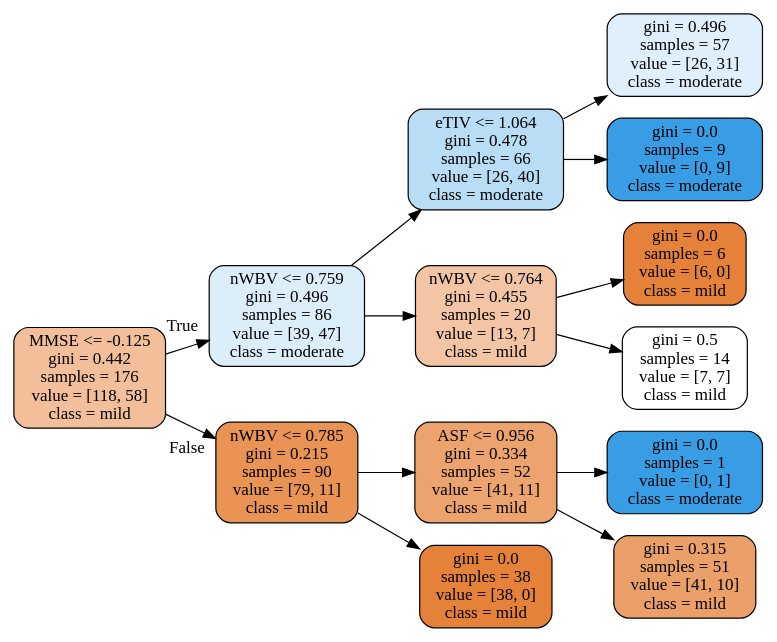
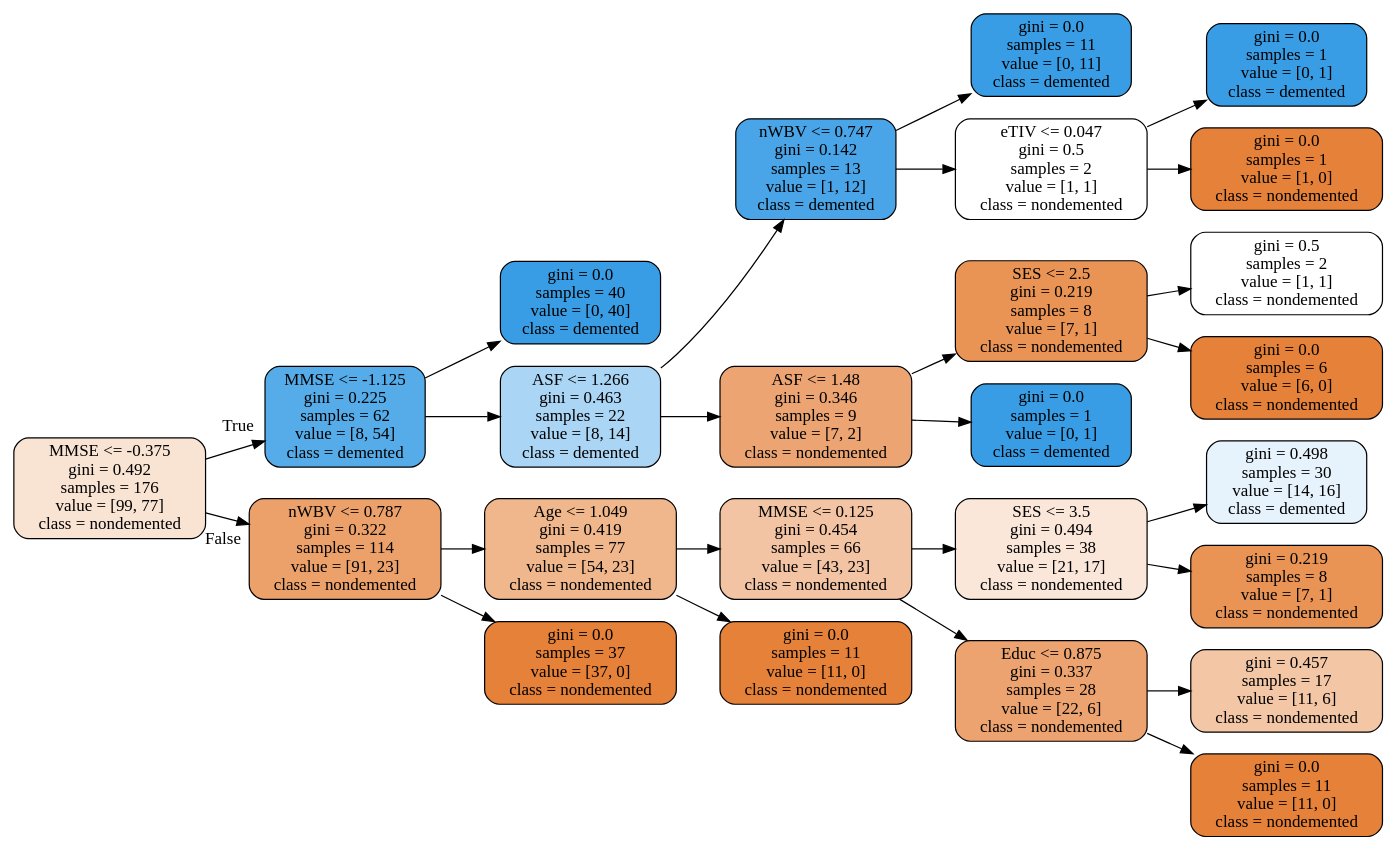
Before and after one commit to mkvph0ch/memobrain: the diagram in notebooks/oasis1_tree.dot, drawn with Graphviz. The commit also changed 1 other file, not shown here.

Commit message:
Tree diagrams updated

```diff
--- a/notebooks/oasis1_tree.dot
+++ b/notebooks/oasis1_tree.dot
@@ -1,30 +1,54 @@
 digraph Tree {
 node [shape=box, style="filled, rounded", color="black", fontname="futura"] ;
 edge [fontname="futura"] ;
 rankdir=LR ;
-0 [label="MMSE <= -0.125\ngini = 0.442\nsamples = 176\nvalue = [118, 58]\nclass = mild", fillcolor="#f2bf9a"] ;
-1 [label="nWBV <= 0.759\ngini = 0.496\nsamples = 86\nvalue = [39, 47]\nclass = moderate", fillcolor="#ddeefb"] ;
+0 [label="MMSE <= -0.375\ngini = 0.492\nsamples = 176\nvalue = [99, 77]\nclass = nondemented", fillcolor="#f9e3d3"] ;
+1 [label="MMSE <= -1.125\ngini = 0.225\nsamples = 62\nvalue = [8, 54]\nclass = demented", fillcolor="#56ace9"] ;
 0 -> 1 [labeldistance=2.5, labelangle=-45, headlabel="True"] ;
-2 [label="eTIV <= 1.064\ngini = 0.478\nsamples = 66\nvalue = [26, 40]\nclass = moderate", fillcolor="#baddf6"] ;
+2 [label="gini = 0.0\nsamples = 40\nvalue = [0, 40]\nclass = demented", fillcolor="#399de5"] ;
 1 -> 2 ;
-3 [label="gini = 0.496\nsamples = 57\nvalue = [26, 31]\nclass = moderate", fillcolor="#dfeffb"] ;
-2 -> 3 ;
-4 [label="gini = 0.0\nsamples = 9\nvalue = [0, 9]\nclass = moderate", fillcolor="#399de5"] ;
-2 -> 4 ;
-5 [label="nWBV <= 0.764\ngini = 0.455\nsamples = 20\nvalue = [13, 7]\nclass = mild", fillcolor="#f3c5a4"] ;
-1 -> 5 ;
-6 [label="gini = 0.0\nsamples = 6\nvalue = [6, 0]\nclass = mild", fillcolor="#e58139"] ;
-5 -> 6 ;
-7 [label="gini = 0.5\nsamples = 14\nvalue = [7, 7]\nclass = mild", fillcolor="#ffffff"] ;
-5 -> 7 ;
-8 [label="nWBV <= 0.785\ngini = 0.215\nsamples = 90\nvalue = [79, 11]\nclass = mild", fillcolor="#e99355"] ;
-0 -> 8 [labeldistance=2.5, labelangle=45, headlabel="False"] ;
-9 [label="ASF <= 0.956\ngini = 0.334\nsamples = 52\nvalue = [41, 11]\nclass = mild", fillcolor="#eca36e"] ;
-8 -> 9 ;
-10 [label="gini = 0.0\nsamples = 1\nvalue = [0, 1]\nclass = moderate", fillcolor="#399de5"] ;
+3 [label="ASF <= 1.266\ngini = 0.463\nsamples = 22\nvalue = [8, 14]\nclass = demented", fillcolor="#aad5f4"] ;
+1 -> 3 ;
+4 [label="nWBV <= 0.747\ngini = 0.142\nsamples = 13\nvalue = [1, 12]\nclass = demented", fillcolor="#49a5e7"] ;
+3 -> 4 ;
+5 [label="gini = 0.0\nsamples = 11\nvalue = [0, 11]\nclass = demented", fillcolor="#399de5"] ;
+4 -> 5 ;
+6 [label="eTIV <= 0.047\ngini = 0.5\nsamples = 2\nvalue = [1, 1]\nclass = nondemented", fillcolor="#ffffff"] ;
+4 -> 6 ;
+7 [label="gini = 0.0\nsamples = 1\nvalue = [0, 1]\nclass = demented", fillcolor="#399de5"] ;
+6 -> 7 ;
+8 [label="gini = 0.0\nsamples = 1\nvalue = [1, 0]\nclass = nondemented", fillcolor="#e58139"] ;
+6 -> 8 ;
+9 [label="ASF <= 1.48\ngini = 0.346\nsamples = 9\nvalue = [7, 2]\nclass = nondemented", fillcolor="#eca572"] ;
+3 -> 9 ;
+10 [label="SES <= 2.5\ngini = 0.219\nsamples = 8\nvalue = [7, 1]\nclass = nondemented", fillcolor="#e99355"] ;
 9 -> 10 ;
-11 [label="gini = 0.315\nsamples = 51\nvalue = [41, 10]\nclass = mild", fillcolor="#eba069"] ;
-9 -> 11 ;
-12 [label="gini = 0.0\nsamples = 38\nvalue = [38, 0]\nclass = mild", fillcolor="#e58139"] ;
-8 -> 12 ;
+11 [label="gini = 0.5\nsamples = 2\nvalue = [1, 1]\nclass = nondemented", fillcolor="#ffffff"] ;
+10 -> 11 ;
+12 [label="gini = 0.0\nsamples = 6\nvalue = [6, 0]\nclass = nondemented", fillcolor="#e58139"] ;
+10 -> 12 ;
+13 [label="gini = 0.0\nsamples = 1\nvalue = [0, 1]\nclass = demented", fillcolor="#399de5"] ;
+9 -> 13 ;
+14 [label="nWBV <= 0.787\ngini = 0.322\nsamples = 114\nvalue = [91, 23]\nclass = nondemented", fillcolor="#eca16b"] ;
+0 -> 14 [labeldistance=2.5, labelangle=45, headlabel="False"] ;
+15 [label="Age <= 1.049\ngini = 0.419\nsamples = 77\nvalue = [54, 23]\nclass = nondemented", fillcolor="#f0b78d"] ;
+14 -> 15 ;
+16 [label="MMSE <= 0.125\ngini = 0.454\nsamples = 66\nvalue = [43, 23]\nclass = nondemented", fillcolor="#f3c4a3"] ;
+15 -> 16 ;
+17 [label="SES <= 3.5\ngini = 0.494\nsamples = 38\nvalue = [21, 17]\nclass = nondemented", fillcolor="#fae7d9"] ;
+16 -> 17 ;
+18 [label="gini = 0.498\nsamples = 30\nvalue = [14, 16]\nclass = demented", fillcolor="#e6f3fc"] ;
+17 -> 18 ;
+19 [label="gini = 0.219\nsamples = 8\nvalue = [7, 1]\nclass = nondemented", fillcolor="#e99355"] ;
+17 -> 19 ;
+20 [label="Educ <= 0.875\ngini = 0.337\nsamples = 28\nvalue = [22, 6]\nclass = nondemented", fillcolor="#eca36f"] ;
+16 -> 20 ;
+21 [label="gini = 0.457\nsamples = 17\nvalue = [11, 6]\nclass = nondemented", fillcolor="#f3c6a5"] ;
+20 -> 21 ;
+22 [label="gini = 0.0\nsamples = 11\nvalue = [11, 0]\nclass = nondemented", fillcolor="#e58139"] ;
+20 -> 22 ;
+23 [label="gini = 0.0\nsamples = 11\nvalue = [11, 0]\nclass = nondemented", fillcolor="#e58139"] ;
+15 -> 23 ;
+24 [label="gini = 0.0\nsamples = 37\nvalue = [37, 0]\nclass = nondemented", fillcolor="#e58139"] ;
+14 -> 24 ;
 }
```
